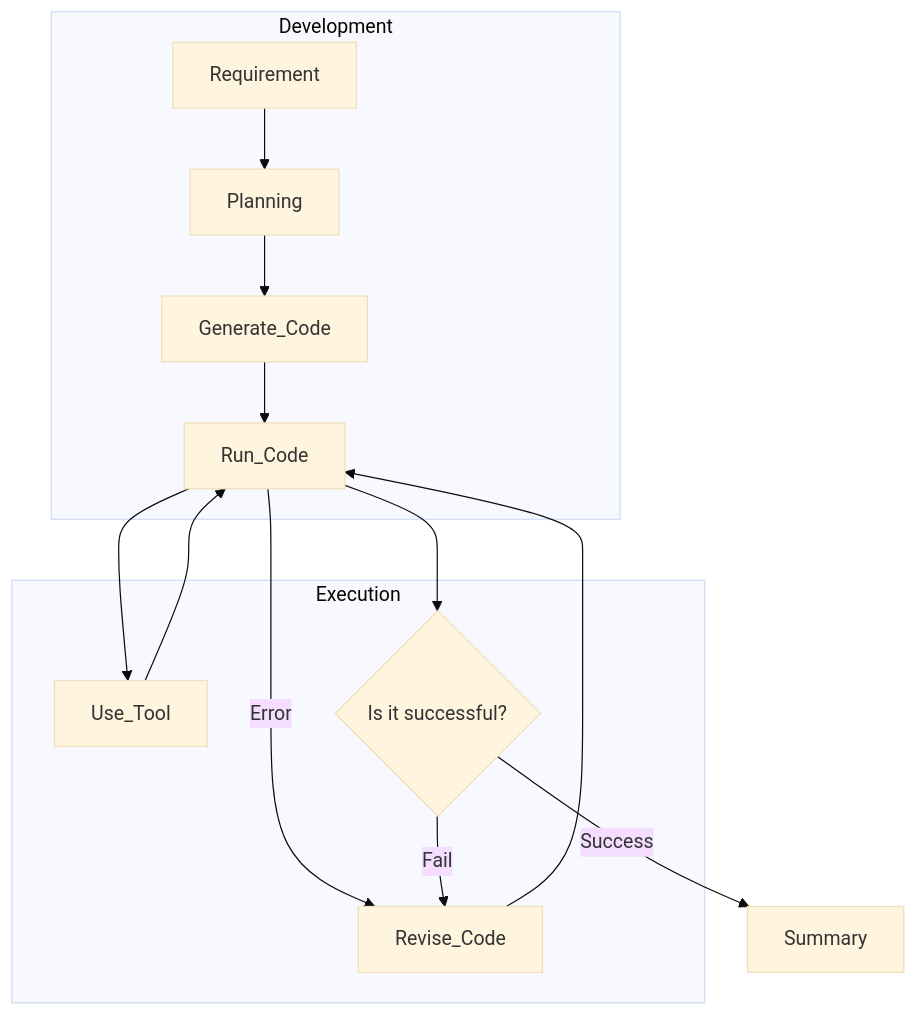
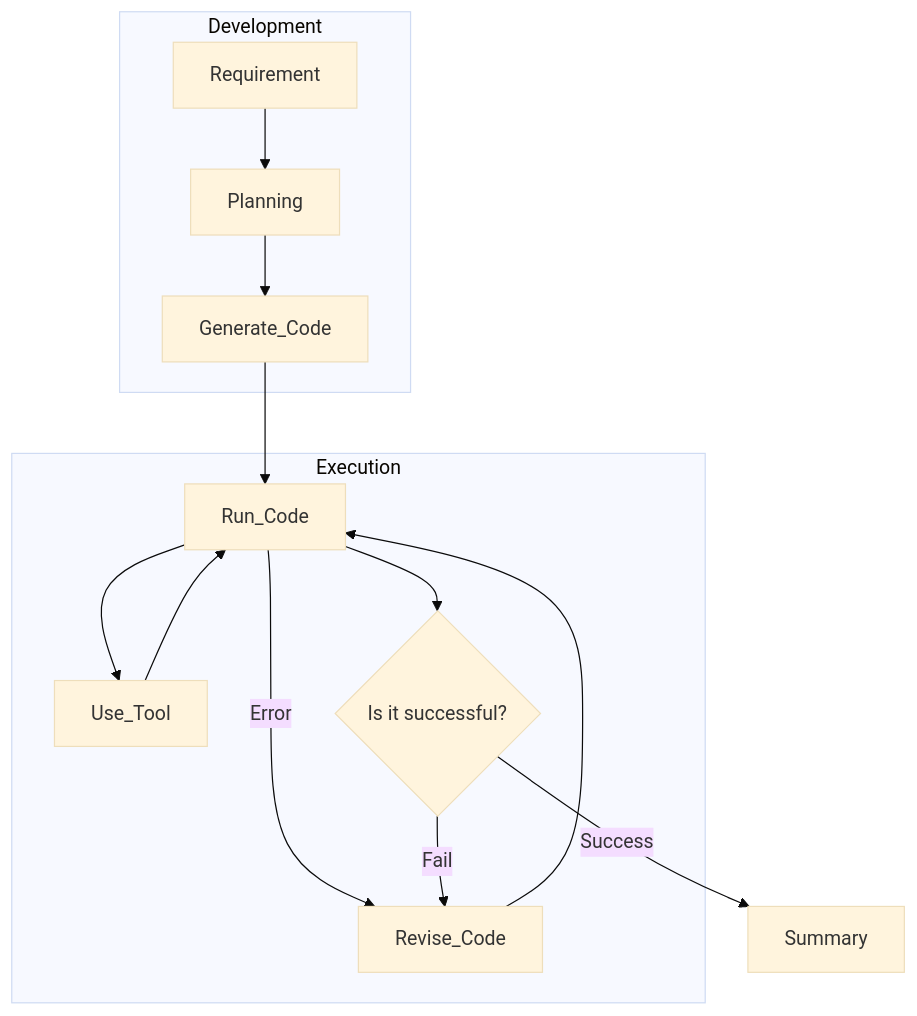
One commit to yingkitw/watsonx-agentic changed the diagram in README.md. Above: the diagram before and after it, drawn with Mermaid (base theme). The commit also changed other lines of this file, not shown here.

````diff
--- a/README.md
+++ b/README.md
@@ -25,20 +25,20 @@
 ```mermaid
 graph TD
     subgraph Development
         Requirement --> Planning
         Planning --> Generate_Code
-        Generate_Code --> Run_Code
     end
 
     subgraph Execution
+        Generate_Code --> Run_Code
         Run_Code --> Use_Tool
         Use_Tool --> Run_Code
         Run_Code --> Evaluate
         Run_Code --> |Error| Revise_Code
     end
 
     Evaluate{Is it successful?}
     Evaluate -->|Success| Summary
     Evaluate -->|Fail| Revise_Code
     Revise_Code --> Run_Code
 ```
````
